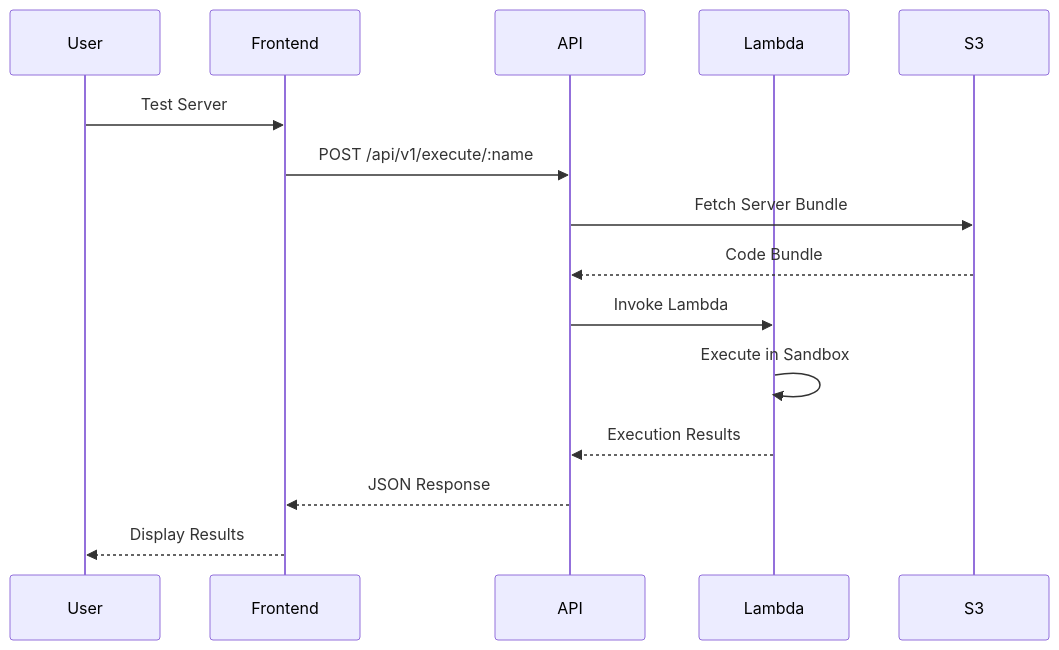
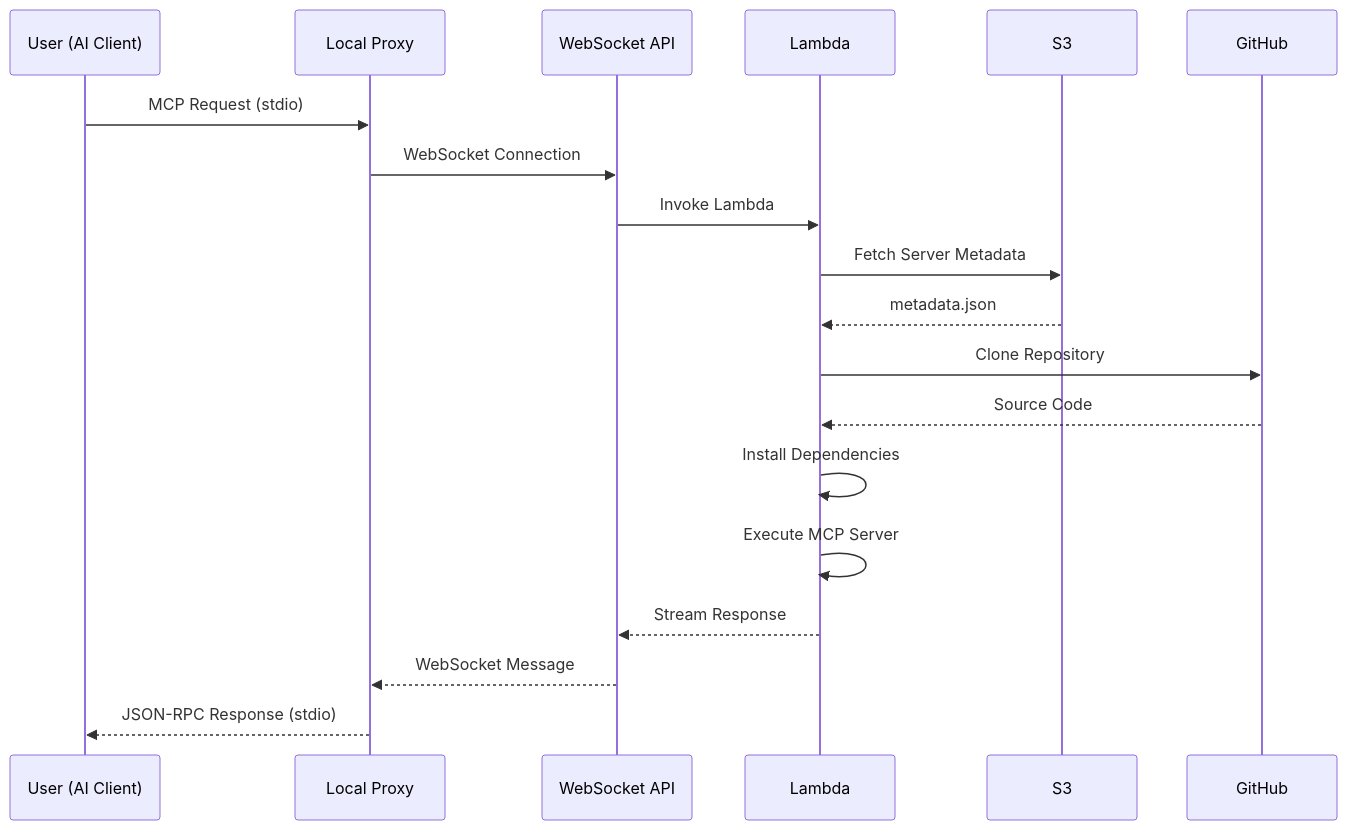
Before and after one commit to areebahmeddd/SuperBox-FE: the fifth of 6 diagrams in docs/architecture.mdx, drawn with Mermaid. The commit also changed other lines of this file and 33 other files, not shown here.

````diff
--- a/docs/architecture.mdx
+++ b/docs/architecture.mdx
@@ -283,18 +286,22 @@
 ```mermaid
 sequenceDiagram
-    participant U as User
-    participant F as Frontend
-    participant A as API
+    participant U as User (AI Client)
+    participant P as Local Proxy
+    participant W as WebSocket API
     participant L as Lambda
     participant S as S3
+    participant G as GitHub
 
-    U->>F: Test Server
-    F->>A: POST /api/v1/execute/:name
-    A->>S: Fetch Server Bundle
-    S-->>A: Code Bundle
-    A->>L: Invoke Lambda
-    L->>L: Execute in Sandbox
-    L-->>A: Execution Results
-    A-->>F: JSON Response
-    F-->>U: Display Results
+    U->>P: MCP Request (stdio)
+    P->>W: WebSocket Connection
+    W->>L: Invoke Lambda
+    L->>S: Fetch Server Metadata
+    S-->>L: metadata.json
+    L->>G: Clone Repository
+    G-->>L: Source Code
+    L->>L: Install Dependencies
+    L->>L: Execute MCP Server
+    L-->>W: Stream Response
+    W-->>P: WebSocket Message
+    P-->>U: JSON-RPC Response (stdio)
 ```
````
